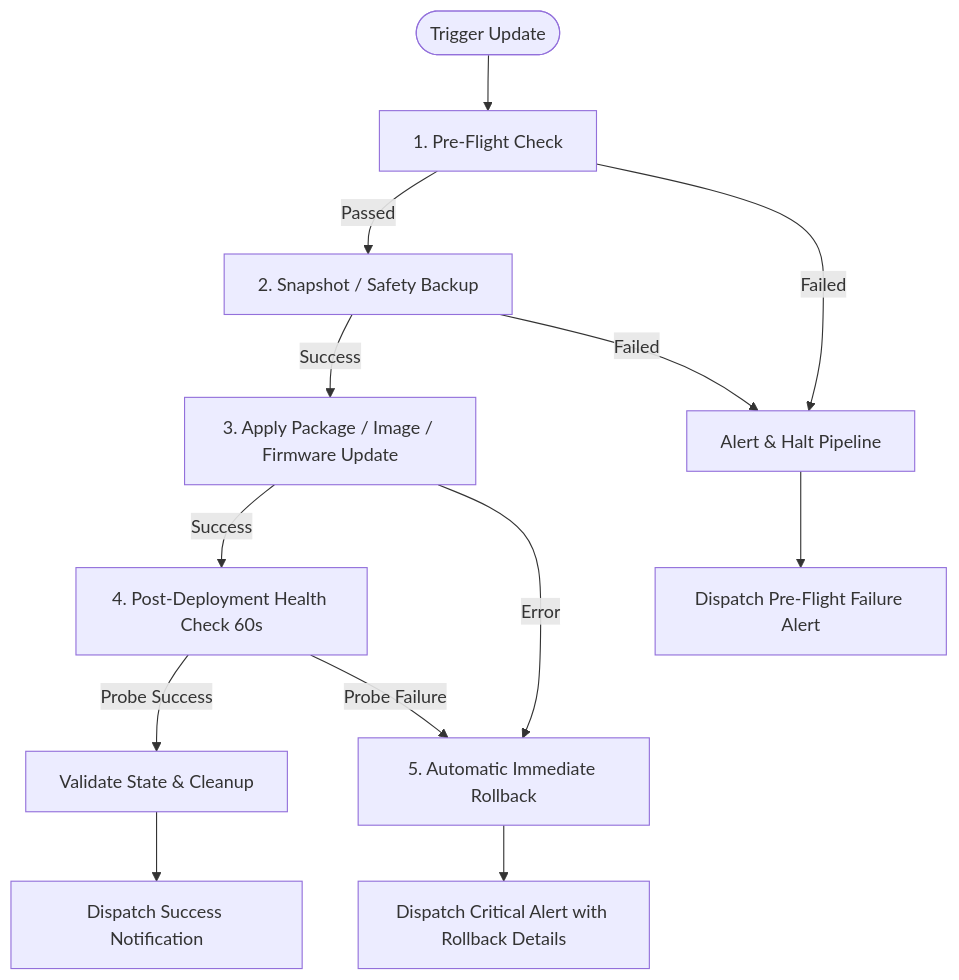
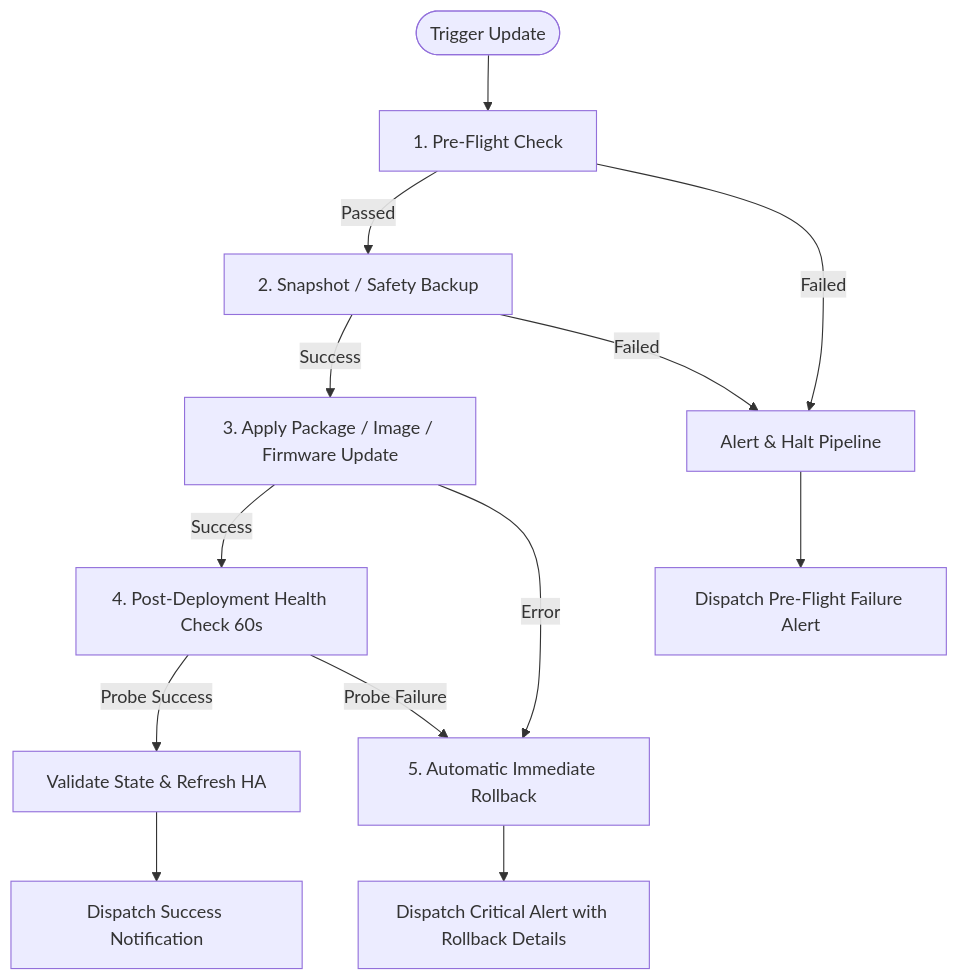
The second of 2 diagrams in docs/ARCHITECTURE.md (Rivolte-HL/fleetupdate-hub), drawn with Mermaid before and after one commit. The commit also changed other lines of this file and 6 other files, not shown here.

Commit message:
docs: align all documentation and guides with active multi-adapter architecture and zero-trust security

````diff
--- a/docs/ARCHITECTURE.md
+++ b/docs/ARCHITECTURE.md
@@ -132,19 +135,19 @@
 ```mermaid
 flowchart TD
     Start([Trigger Update]) --> Phase1[1. Pre-Flight Check]
     Phase1 -->|Passed| Phase2[2. Snapshot / Safety Backup]
     Phase1 -->|Failed| Halt[Alert & Halt Pipeline]
 
     Phase2 -->|Success| Phase3[3. Apply Package / Image / Firmware Update]
     Phase2 -->|Failed| Halt
 
     Phase3 -->|Success| Phase4[4. Post-Deployment Health Check 60s]
     Phase3 -->|Error| Rollback[5. Automatic Immediate Rollback]
 
-    Phase4 -->|Probe Success| Success[Validate State & Cleanup]
+    Phase4 -->|Probe Success| Success[Validate State & Refresh HA]
     Phase4 -->|Probe Failure| Rollback
 
     Success --> Notify[Dispatch Success Notification]
     Rollback --> NotifyRollback[Dispatch Critical Alert with Rollback Details]
     Halt --> NotifyHalt[Dispatch Pre-Flight Failure Alert]
 ```
````
